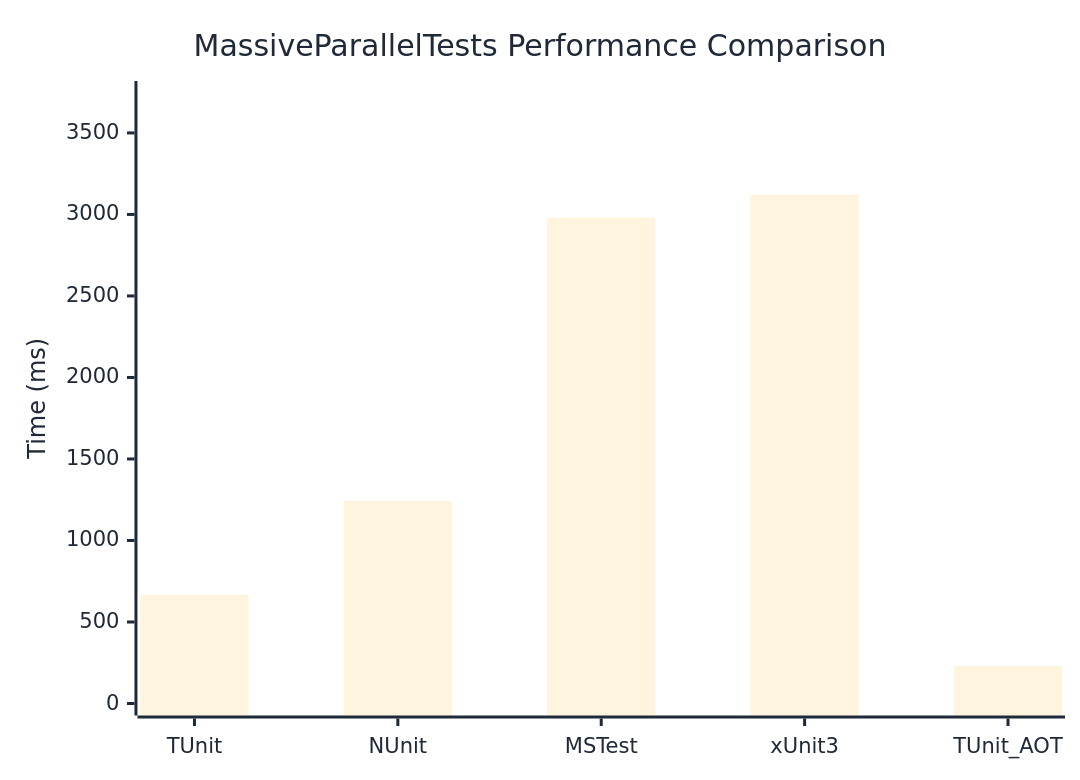
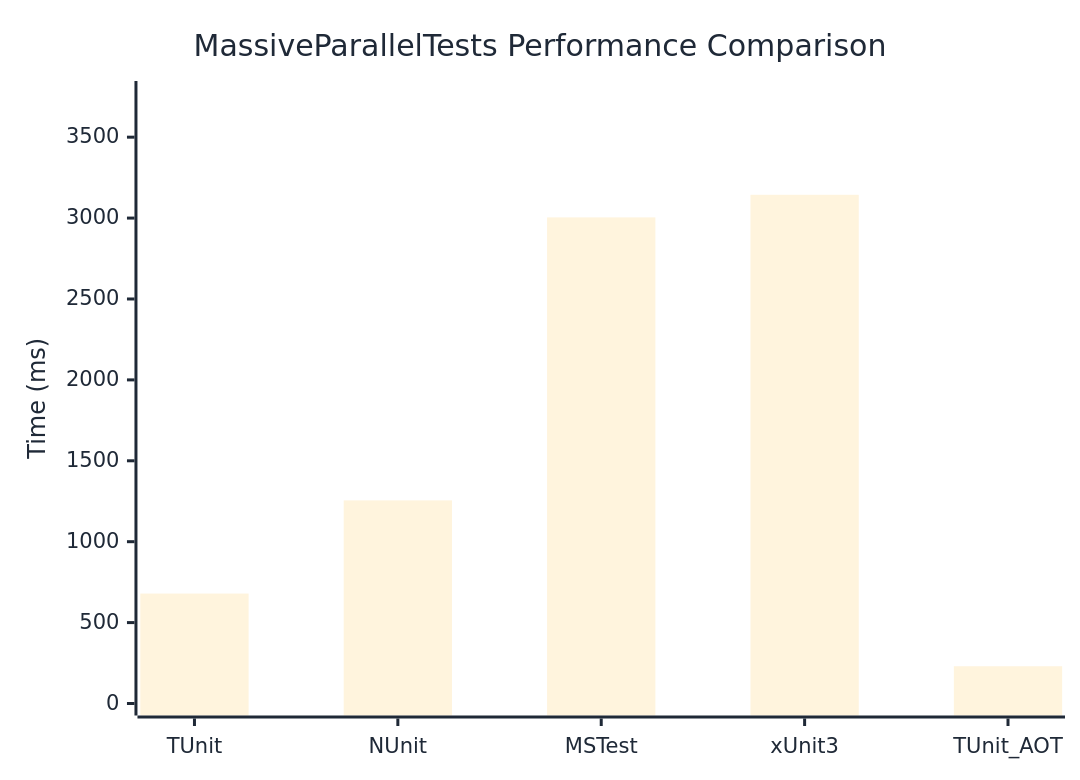
Before and after one commit to thomhurst/TUnit: the diagram in docs/docs/benchmarks/MassiveParallelTests.md, drawn with Mermaid. The commit also changed other lines of this file and 17 other files, not shown here.

````diff
--- a/docs/docs/benchmarks/MassiveParallelTests.md
+++ b/docs/docs/benchmarks/MassiveParallelTests.md
@@ -27,37 +27,37 @@
 ```mermaid
 %%{init: {
   'theme':'base',
   'themeVariables': {
     'primaryColor': '#2563eb',
     'primaryTextColor': '#1f2937',
     'primaryBorderColor': '#1e40af',
     'lineColor': '#6b7280',
     'secondaryColor': '#7c3aed',
     'tertiaryColor': '#dc2626',
     'background': '#ffffff',
     'mainBkg': '#2563eb',
     'secondBkg': '#7c3aed',
     'tertiaryBkg': '#dc2626',
     'clusterBkg': '#f3f4f6',
     'edgeLabelBackground': '#ffffff',
     'tertiaryTextColor': '#1f2937',
     'pie1': '#2563eb',
     'pie2': '#7c3aed',
     'pie3': '#dc2626',
     'pie4': '#f59e0b',
     'pie5': '#10b981',
     'pie6': '#06b6d4',
     'pie7': '#ec4899',
     'pie8': '#6366f1',
     'pie9': '#84cc16',
     'pie10': '#f97316',
     'pie11': '#14b8a6',
     'pie12': '#a855f7'
   }
 }}%%
 xychart-beta
   title "MassiveParallelTests Performance Comparison"
   x-axis ["TUnit", "NUnit", "MSTest", "xUnit3", "TUnit_AOT"]
-  y-axis "Time (ms)" 0 --> 3745
-  bar [666.2, 1241.7, 2980.7, 3120.1, 229.8]
+  y-axis "Time (ms)" 0 --> 3773
+  bar [679.4, 1255.3, 3004.2, 3143.9, 230.3]
 ```
````
